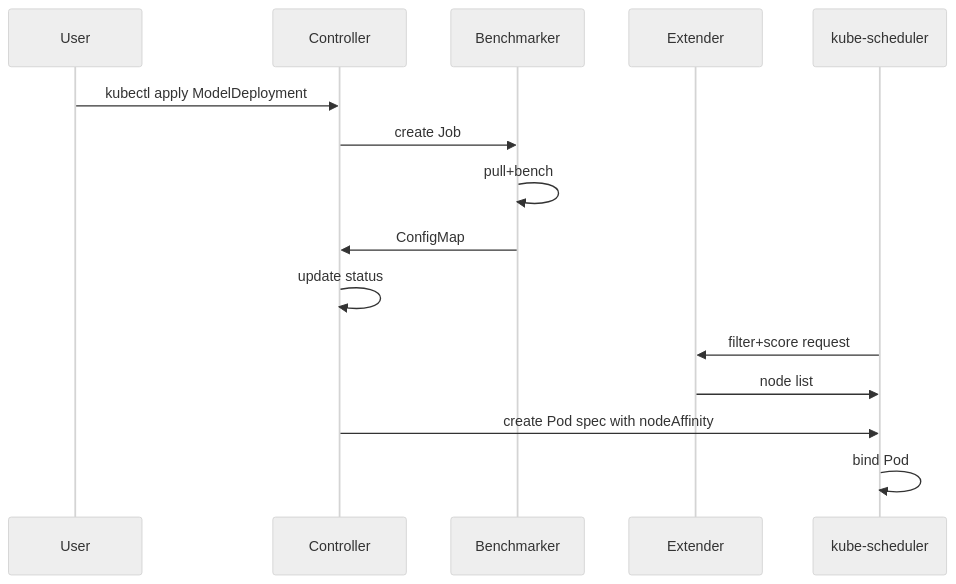
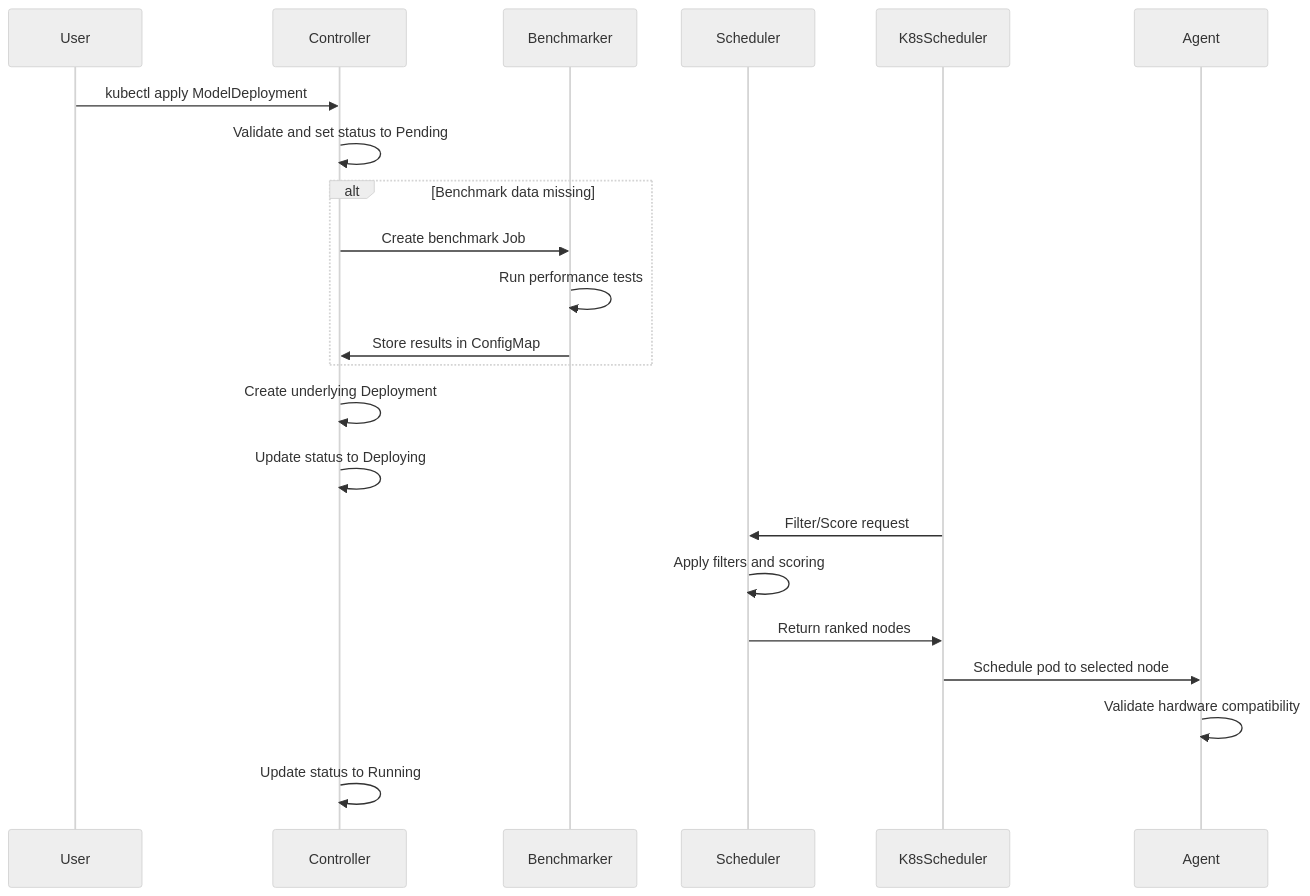
Before and after one commit to flexinfer/flexinfer: the diagram in AGENTS.md, drawn with Mermaid (neutral theme). The commit also changed other lines of this file and 22 other files, not shown here.

Commit message:
feat: Implement custom Kubernetes scheduler with dedicated Helm chart and update model deployment controller to use it.

````diff
--- a/AGENTS.md
+++ b/AGENTS.md
@@ -112,18 +220,30 @@
 ```mermaid
 sequenceDiagram
     participant User
     participant Controller
     participant Benchmarker
-    participant Extender
-    participant kube-scheduler
+    participant Scheduler
+    participant K8sScheduler
+    participant Agent
 
     User->>Controller: kubectl apply ModelDeployment
-    Controller->>Benchmarker: create Job
-    Benchmarker->>Benchmarker: pull+bench
-    Benchmarker->>Controller: ConfigMap
-    Controller->>Controller: update status
-    kube-scheduler->>Extender: filter+score request
-    Extender->>kube-scheduler: node list
-    Controller->>kube-scheduler: create Pod spec with nodeAffinity
-    kube-scheduler->>kube-scheduler: bind Pod
+    Controller->>Controller: Validate and set status to Pending
+    
+    alt Benchmark data missing
+        Controller->>Benchmarker: Create benchmark Job
+        Benchmarker->>Benchmarker: Run performance tests
+        Benchmarker->>Controller: Store results in ConfigMap
+    end
+    
+    Controller->>Controller: Create underlying Deployment
+    Controller->>Controller: Update status to Deploying
+    
+    K8sScheduler->>Scheduler: Filter/Score request
+    Scheduler->>Scheduler: Apply filters and scoring
+    Scheduler->>K8sScheduler: Return ranked nodes
+    
+    K8sScheduler->>Agent: Schedule pod to selected node
+    Agent->>Agent: Validate hardware compatibility
+    
+    Controller->>Controller: Update status to Running
 ```
````
